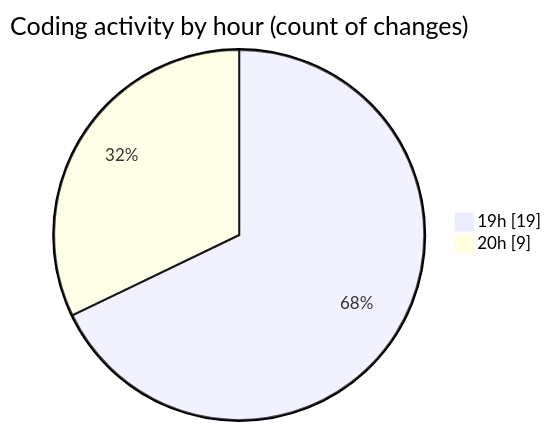
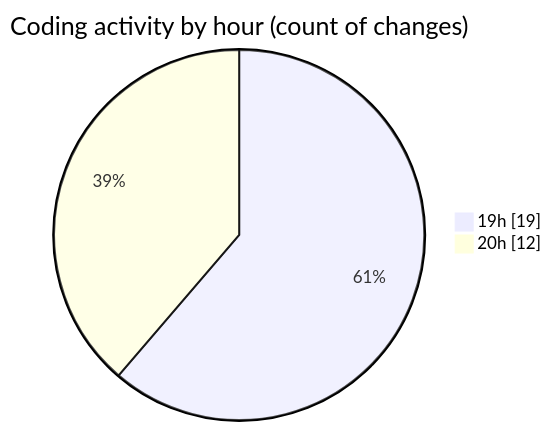
One commit to lephambinh05/code-tracking changed the second of 2 diagrams in 2025-07-28/quanlyrapchieuphim-2/README.md. Above: the diagram before and after it, drawn with Mermaid. The commit also changed other lines of this file and 1 other file, not shown here.

````diff
--- a/2025-07-28/quanlyrapchieuphim-2/README.md
+++ b/2025-07-28/quanlyrapchieuphim-2/README.md
@@ -39,6 +41,6 @@
 ```mermaid
 pie showData
 title Coding activity by hour (count of changes)
 "19h" : 19
-"20h" : 9
+"20h" : 12
 ```
````
